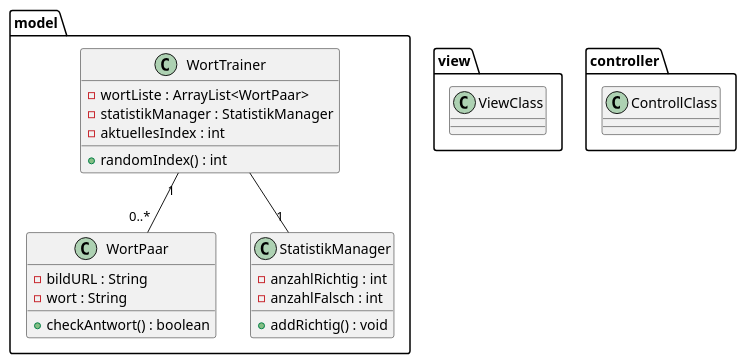
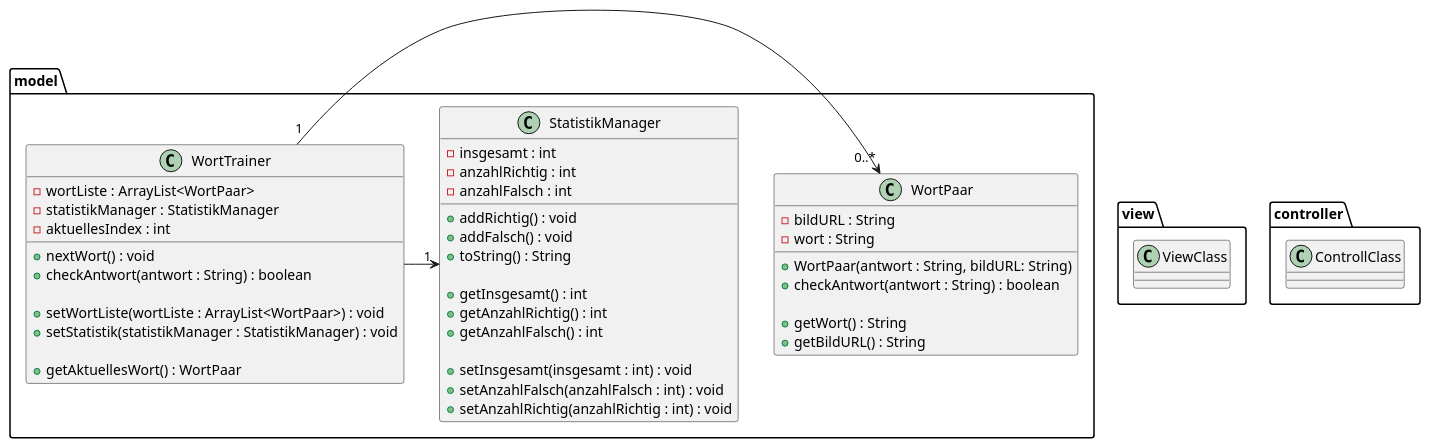
One commit to TGM-HIT/sew9-2425-worttrainer-aaabdulkarim changed the diagram in Worttrainer_UML.puml. Above: the diagram before and after it, drawn with PlantUML. The commit also changed 1 other file, not shown here.

```diff
--- a/Worttrainer_UML.puml
+++ b/Worttrainer_UML.puml
@@ -1,45 +1,68 @@
 @startuml
 'https://plantuml.com/class-diagram
 
 package model {
 
 
     class WortPaar {
         - bildURL : String
         - wort : String
-        + checkAntwort() : boolean
+
+        + WortPaar(antwort : String, bildURL: String)
+        + checkAntwort(antwort : String) : boolean
+
+        + getWort() : String
+        + getBildURL() : String
     }
-
 
     class WortTrainer {
         - wortListe : ArrayList<WortPaar>
         - statistikManager : StatistikManager
         - aktuellesIndex : int
-        + randomIndex() : int
+
+        + nextWort() : void
+        + checkAntwort(antwort : String) : boolean
+
+        + setWortListe(wortListe : ArrayList<WortPaar>) : void
+        + setStatistik(statistikManager : StatistikManager) : void
+
+        + getAktuellesWort() : WortPaar
     }
 
     class StatistikManager {
+        - insgesamt : int
         - anzahlRichtig : int
         - anzahlFalsch : int
+
         + addRichtig() : void
+        + addFalsch() : void
+        + toString() : String
+
+        + getInsgesamt() : int
+        + getAnzahlRichtig() : int
+        + getAnzahlFalsch() : int
+
+        + setInsgesamt(insgesamt : int) : void
+        + setAnzahlFalsch(anzahlFalsch : int) : void
+        + setAnzahlRichtig(anzahlRichtig : int) : void
     }
 }
 
 
 package view {
     class ViewClass {
     }
 }
 
 package controller {
     class ControllClass {
     }
 }
 
 
 
 
-WortTrainer "1" -- "0..*" WortPaar
-WortTrainer -- "1" StatistikManager
+WortTrainer "1" -> "0..*" WortPaar
+WortTrainer -> "1" StatistikManager
 
 @enduml
```
